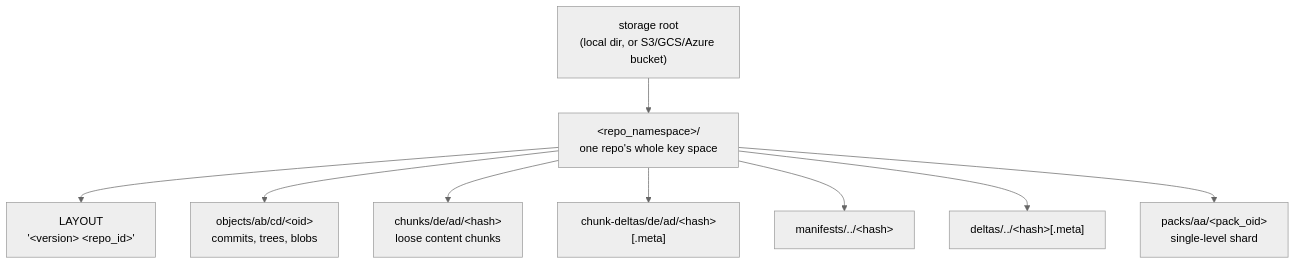
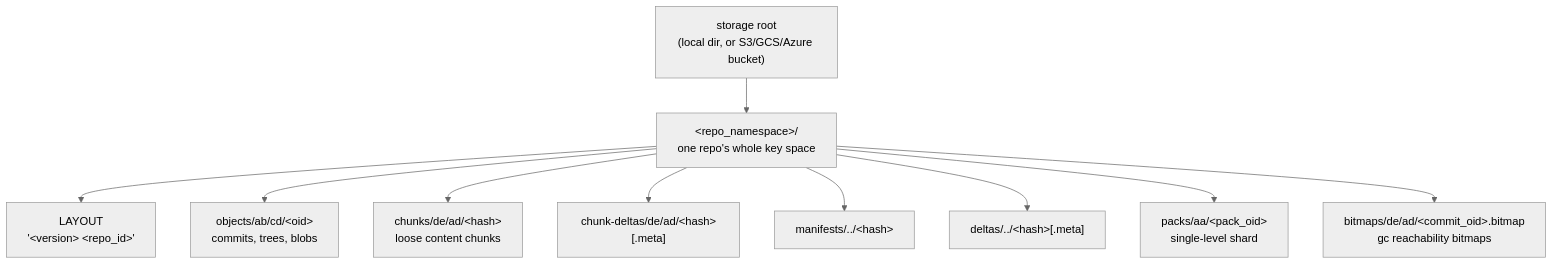
One commit to winnyboy5/mediagit-core changed the first of 2 diagrams in book/src/architecture/cas.md. Above: the diagram before and after it, drawn with Mermaid (neutral theme). The commit also changed other lines of this file and 65 other files, not shown here.

````diff
--- a/book/src/architecture/cas.md
+++ b/book/src/architecture/cas.md
@@ -93,12 +93,13 @@
 ```mermaid
 flowchart TD
     ROOT["storage root<br/>(local dir, or S3/GCS/Azure bucket)"]
     ROOT --> NS["&lt;repo_namespace&gt;/<br/>one repo's whole key space"]
     NS --> L["LAYOUT<br/>'&lt;version&gt; &lt;repo_id&gt;'"]
     NS --> O["objects/ab/cd/&lt;oid&gt;<br/>commits, trees, blobs"]
     NS --> C["chunks/de/ad/&lt;hash&gt;<br/>loose content chunks"]
     NS --> CD["chunk-deltas/de/ad/&lt;hash&gt;[.meta]"]
     NS --> M["manifests/../&lt;hash&gt;"]
     NS --> D["deltas/../&lt;hash&gt;[.meta]"]
     NS --> P["packs/aa/&lt;pack_oid&gt;<br/>single-level shard"]
+    NS --> B["bitmaps/de/ad/&lt;commit_oid&gt;.bitmap<br/>gc reachability bitmaps"]
 ```
````
